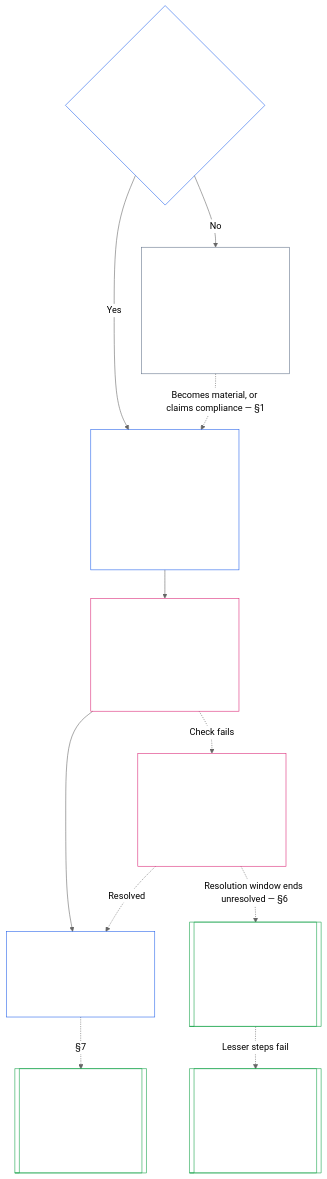
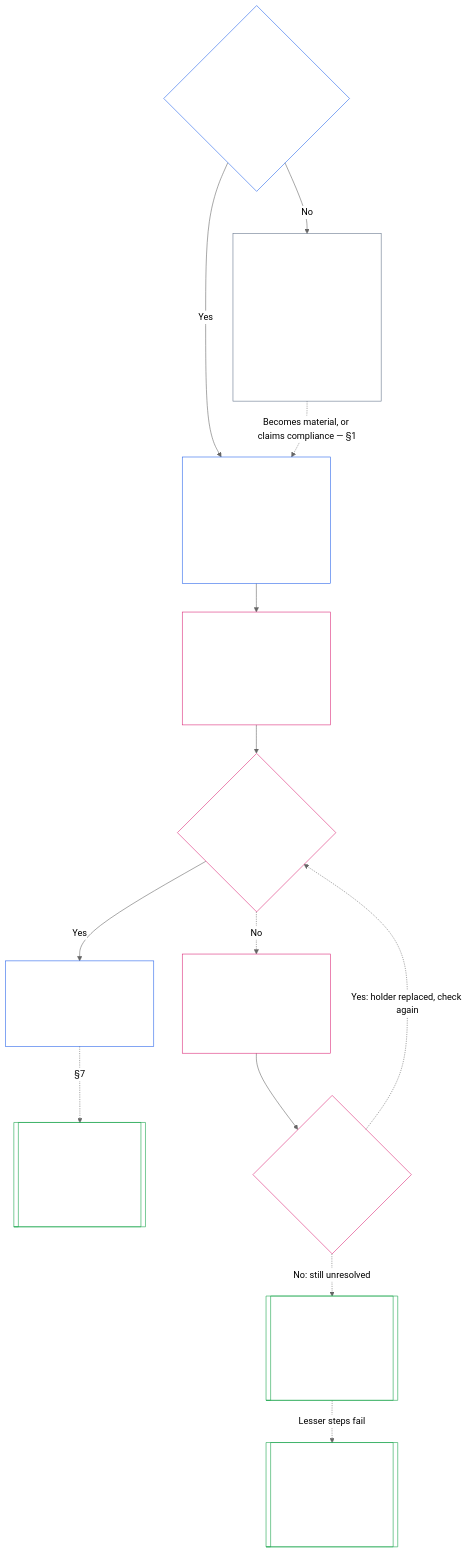
Before and after one commit to kfoelsch/Sentient_Constitution: the diagram in core_07_charters.md, drawn with Mermaid (neutral theme). The commit also changed other lines of this file and 8 other files, not shown here.

First line of the commit message:
docs(ch07,ch09,ch01,tools,meta): chart section numbers first (VIS-CHART-SECNUM-09), Ch7 chart decision diamonds, repeat request handled independently

````diff
--- a/core_07_charters.md
+++ b/core_07_charters.md
@@ -194,31 +194,37 @@
 ```mermaid
 flowchart TB
-    Q{"Material to others?<br/>Class L or higher — §1<br/><br/>Nobody needs permission to form — §2"}
-    C["Publish its System Charter or<br/>Institutional Charter — §3, §4<br/><br/>Purpose, limits, who relies on it,<br/>who changes it, who holds each seat"]
-    H["Publish the office-holder statement — §5<br/><br/>Who holds the key offices, who controls<br/>them, how they are rewarded"]
-    K["Keep it true — §7<br/><br/>Review on schedule<br/>Fix any mismatch in the open"]
+    Q{"§1 Could what you do materially affect other people?<br/>(Class L or higher)"}
+    C["§3, §4 Publish its System Charter or<br/>Institutional Charter<br/><br/>Purpose, limits, who relies on it,<br/>who changes it, who holds each seat"]
+    H["§5 Publish the office-holder statement<br/><br/>Who holds the key offices, who controls<br/>them, how they are rewarded"]
+    K["§7 Keep it true<br/><br/>Review on schedule<br/>Fix any mismatch in the open"]
     X[["Chapter Nine — Alignment certification<br/><br/>Checks the scope against real operation<br/><br/>Outside this chapter"]]
-    P["Class P: a System Charter or<br/>Institutional Charter is voluntary<br/><br/>Publishing one creates no duty<br/>under this chapter"]
-    F["A holder fails the check — §6<br/><br/>Replace that sentient, not the Chartered Party<br/>A short window to answer,<br/>a longer one to resolve it"]
+    P["Class P: a System Charter or<br/>Institutional Charter is voluntary<br/><br/>Publishing one creates no duty<br/>under this chapter<br/><br/>§2 You don't need anyone's permission to start"]
+    D{"§5 Does the formation check pass?"}
+    F["§6 A holder fails the check<br/><br/>Replace that sentient, not the Chartered Party<br/>A short window to answer,<br/>a longer one to resolve it"]
+    W{"§6 Is the resolution window still open?"}
     R[["CI-13 — Consequence review<br/><br/>Lightest step that protects others<br/><br/>Outside this chapter"]]
     E[["CI-13 — Contract below Class L, or dissolve<br/><br/>Dissolution only as a last step<br/><br/>Outside this chapter"]]
     Q -->|"Yes"| C
     Q -->|"No"| P
     P -.->|"Becomes material, or claims compliance — §1"| C
     C --> H
-    H --> K
-    H -.->|"Check fails"| F
-    F -.->|"Resolved"| K
-    F -.->|"Resolution window ends unresolved — §6"| R
+    H --> D
+    D -->|"Yes"| K
+    D -.->|"No"| F
+    F --> W
+    W -.->|"Yes: holder replaced, check again"| D
+    W -.->|"No: still unresolved"| R
     R -.->|"Lesser steps fail"| E
     K -.->|"§7"| X
     style Q fill:none,stroke:#2563eb,color:#ffffff
     style C fill:none,stroke:#2563eb,color:#ffffff
     style H fill:none,stroke:#db2777,color:#ffffff
     style K fill:none,stroke:#2563eb,color:#ffffff
     style X fill:none,stroke:#16a34a,color:#ffffff
     style P fill:none,stroke:#64748b,color:#ffffff
+    style D fill:none,stroke:#db2777,color:#ffffff
     style F fill:none,stroke:#db2777,color:#ffffff
+    style W fill:none,stroke:#db2777,color:#ffffff
     style R fill:none,stroke:#16a34a,color:#ffffff
     style E fill:none,stroke:#16a34a,color:#ffffff
 ```
````
